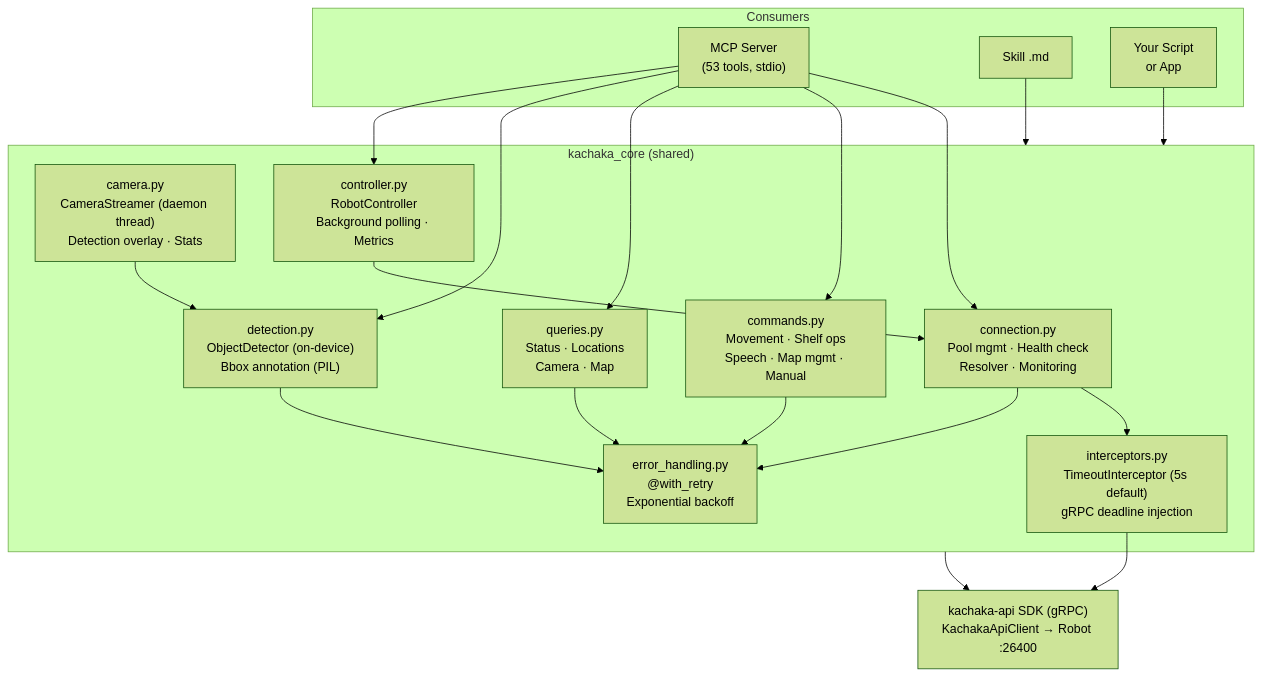
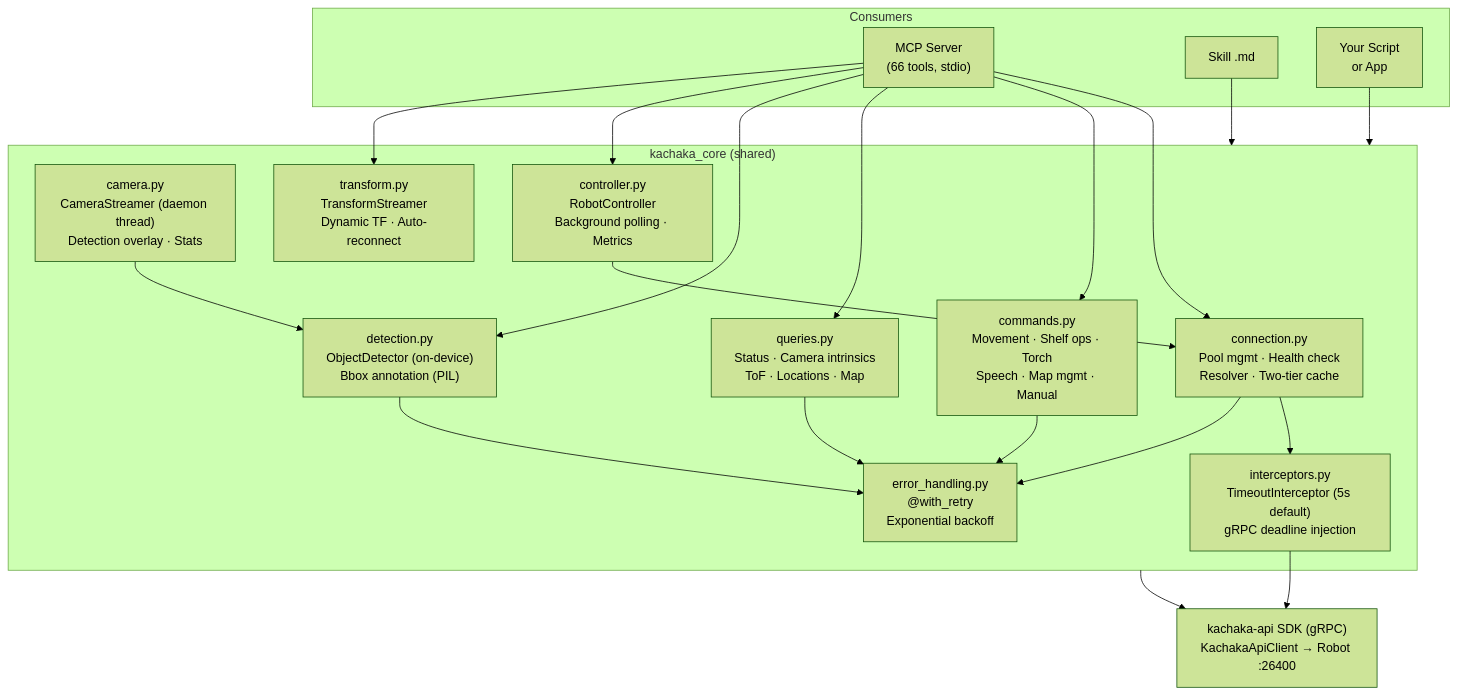
One commit to sigmarobotics/kachaka-sdk-toolkit changed the first of 6 diagrams in README.md. Above: the diagram before and after it, drawn with Mermaid (forest theme). The commit also changed other lines of this file and 3 other files, not shown here.

````diff
--- a/README.md
+++ b/README.md
@@ -13,38 +13,40 @@
 ```mermaid
 graph TD
     subgraph Consumers
-        MCP["MCP Server<br/>(53 tools, stdio)"]
+        MCP["MCP Server<br/>(66 tools, stdio)"]
         SKILL["Skill .md"]
         APP["Your Script<br/>or App"]
     end
 
     subgraph kachaka_core["kachaka_core (shared)"]
-        CONN["connection.py<br/>Pool mgmt · Health check<br/>Resolver · Monitoring"]
+        CONN["connection.py<br/>Pool mgmt · Health check<br/>Resolver · Two-tier cache"]
         INT["interceptors.py<br/>TimeoutInterceptor (5s default)<br/>gRPC deadline injection"]
-        CMD["commands.py<br/>Movement · Shelf ops<br/>Speech · Map mgmt · Manual"]
-        QRY["queries.py<br/>Status · Locations<br/>Camera · Map"]
+        CMD["commands.py<br/>Movement · Shelf ops · Torch<br/>Speech · Map mgmt · Manual"]
+        QRY["queries.py<br/>Status · Camera intrinsics<br/>ToF · Locations · Map"]
         ERR["error_handling.py<br/>@with_retry<br/>Exponential backoff"]
         CAM["camera.py<br/>CameraStreamer (daemon thread)<br/>Detection overlay · Stats"]
         DET["detection.py<br/>ObjectDetector (on-device)<br/>Bbox annotation (PIL)"]
         CTRL["controller.py<br/>RobotController<br/>Background polling · Metrics"]
+        TF["transform.py<br/>TransformStreamer<br/>Dynamic TF · Auto-reconnect"]
     end
 
     SDK["kachaka-api SDK (gRPC)<br/>KachakaApiClient → Robot :26400"]
 
     MCP --> CONN
     MCP --> CMD
     MCP --> QRY
     MCP --> DET
     MCP --> CTRL
+    MCP --> TF
     SKILL --> kachaka_core
     APP --> kachaka_core
     CONN --> INT
     CONN --> ERR
     CMD --> ERR
     QRY --> ERR
     DET --> ERR
     CTRL --> CONN
     CAM --> DET
     INT --> SDK
     kachaka_core --> SDK
 ```
````
